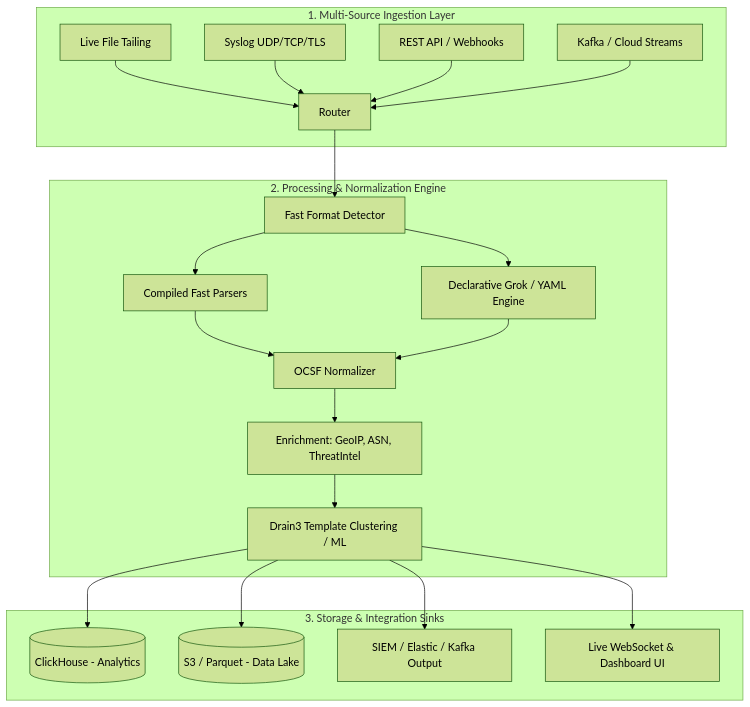
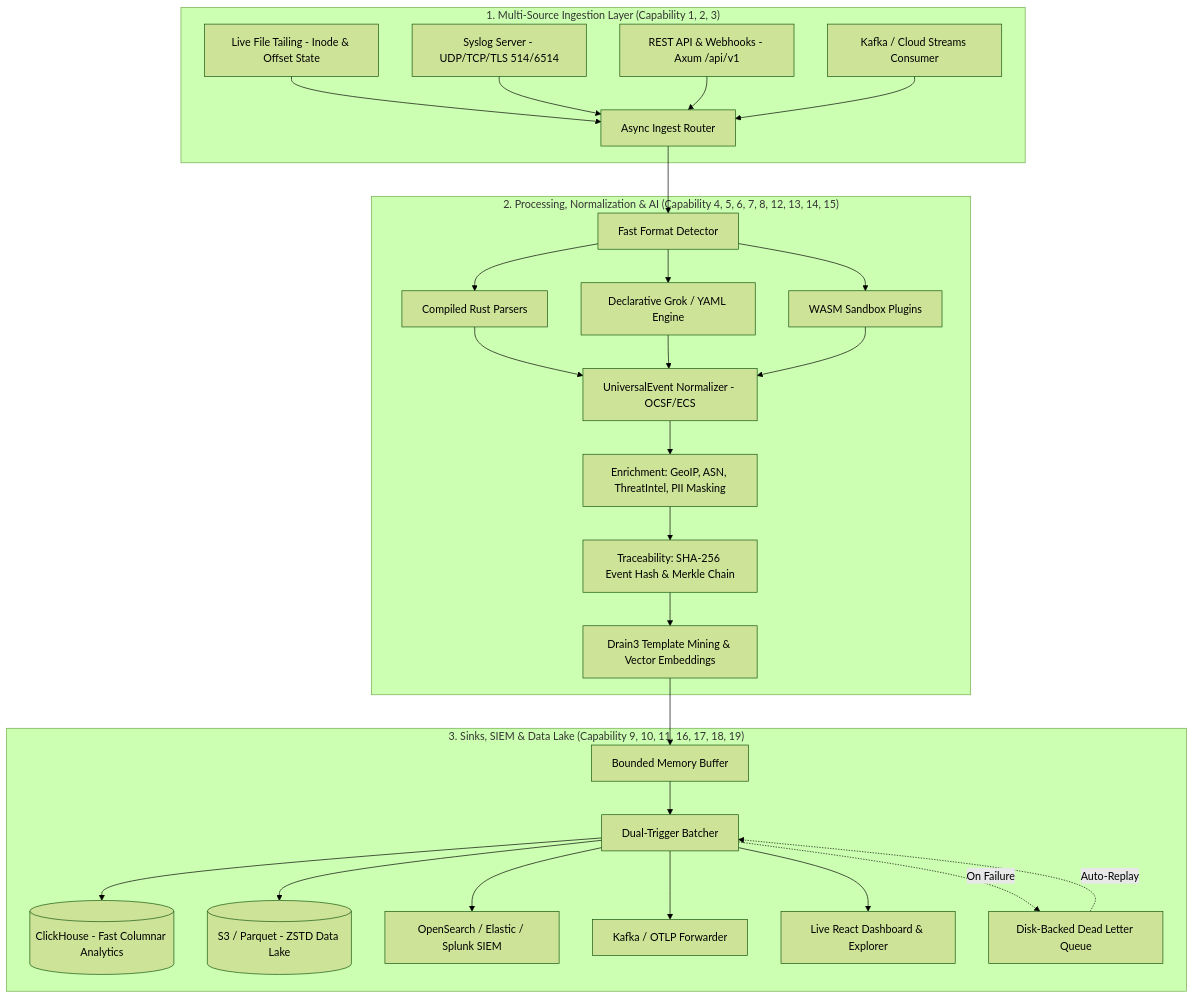
The diagram in WorkNeedToBeDone.md (theroguevigilante/helios), drawn with Mermaid (forest theme) before and after one commit. The commit also changed other lines of this file, not shown here.

````diff
--- a/WorkNeedToBeDone.md
+++ b/WorkNeedToBeDone.md
@@ -128,26 +344,34 @@
 ```mermaid
 flowchart TD
-    subgraph Ingestion ["1. Multi-Source Ingestion Layer"]
-        A1[Live File Tailing] --> Router
-        A2[Syslog UDP/TCP/TLS] --> Router
-        A3[REST API / Webhooks] --> Router
-        A4[Kafka / Cloud Streams] --> Router
+    subgraph Ingestion ["1. Multi-Source Ingestion Layer (Capability 1, 2, 3)"]
+        A1[Live File Tailing - Inode & Offset State] --> Router[Async Ingest Router]
+        A2[Syslog Server - UDP/TCP/TLS 514/6514] --> Router
+        A3[REST API & Webhooks - Axum /api/v1] --> Router
+        A4[Kafka / Cloud Streams Consumer] --> Router
     end
 
-    subgraph Core ["2. Processing & Normalization Engine"]
+    subgraph Core ["2. Processing, Normalization & AI (Capability 4, 5, 6, 7, 8, 12, 13, 14, 15)"]
         Router --> Detector[Fast Format Detector]
-        Detector --> RustParsers[Compiled Fast Parsers]
+        Detector --> CompiledParsers[Compiled Rust Parsers]
         Detector --> GrokEngine[Declarative Grok / YAML Engine]
-        RustParsers --> Normalizer[OCSF Normalizer]
+        Detector --> WasmEngine[WASM Sandbox Plugins]
+        CompiledParsers --> Normalizer[UniversalEvent Normalizer - OCSF/ECS]
         GrokEngine --> Normalizer
-        Normalizer --> Enrichment[Enrichment: GeoIP, ASN, ThreatIntel]
-        Enrichment --> TemplateMiner[Drain3 Template Clustering / ML]
+        WasmEngine --> Normalizer
+        Normalizer --> Enrichment[Enrichment: GeoIP, ASN, ThreatIntel, PII Masking]
+        Enrichment --> Lineage[Traceability: SHA-256 Event Hash & Merkle Chain]
+        Lineage --> TemplateMiner[Drain3 Template Mining & Vector Embeddings]
     end
 
-    subgraph Storage ["3. Storage & Integration Sinks"]
-        TemplateMiner --> ChSink[(ClickHouse - Analytics)]
-        TemplateMiner --> S3Sink[(S3 / Parquet - Data Lake)]
-        TemplateMiner --> SiSink[SIEM / Elastic / Kafka Output]
-        TemplateMiner --> WebUI[Live WebSocket & Dashboard UI]
+    subgraph Storage ["3. Sinks, SIEM & Data Lake (Capability 9, 10, 11, 16, 17, 18, 19)"]
+        TemplateMiner --> RingBuf[Bounded Memory Buffer]
+        RingBuf --> Batcher[Dual-Trigger Batcher]
+        Batcher --> ChSink[(ClickHouse - Fast Columnar Analytics)]
+        Batcher --> S3Sink[(S3 / Parquet - ZSTD Data Lake)]
+        Batcher --> SiSink[OpenSearch / Elastic / Splunk SIEM]
+        Batcher --> KafkaSink[Kafka / OTLP Forwarder]
+        Batcher --> WebUI[Live React Dashboard & Explorer]
+        Batcher -.->|On Failure| DLQ[Disk-Backed Dead Letter Queue]
+        DLQ -.->|Auto-Replay| Batcher
     end
 ```
````
